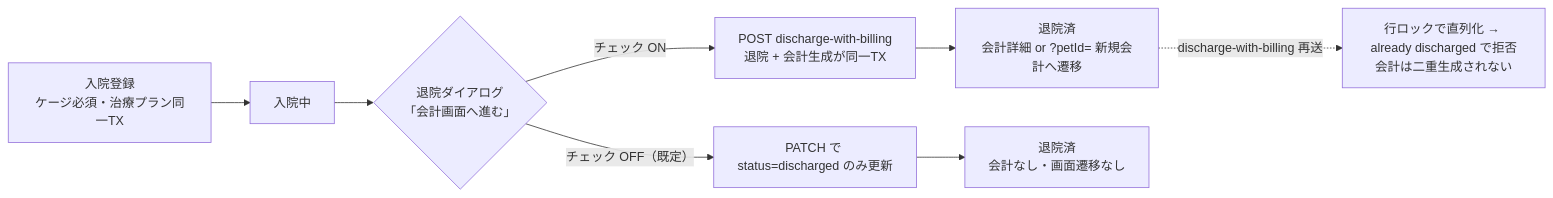
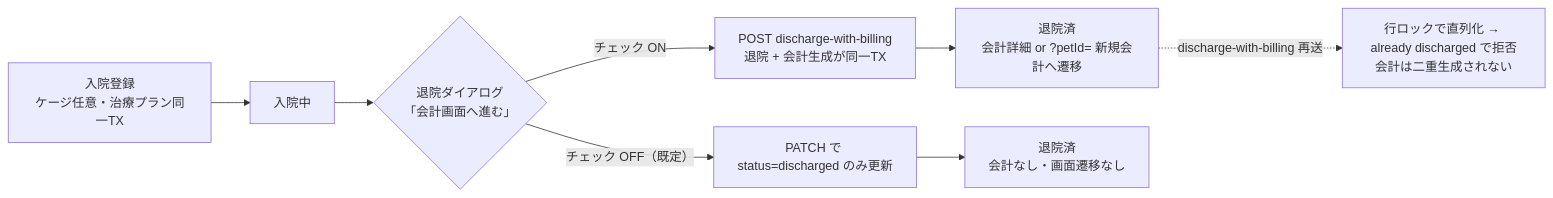
The diagram in docs/ops/testing/scenarios/S05-hospitalization-cycle.md (MinoruSoga/AnimalEkarte), drawn with Mermaid before and after one commit. The commit also changed other lines of this file and 22 other files, not shown here.

````diff
--- a/docs/ops/testing/scenarios/S05-hospitalization-cycle.md
+++ b/docs/ops/testing/scenarios/S05-hospitalization-cycle.md
@@ -29,10 +29,10 @@
 ```mermaid
 flowchart LR
-    A["入院登録<br/>ケージ必須・治療プラン同一TX"] --> B["入院中"]
+    A["入院登録<br/>ケージ任意・治療プラン同一TX"] --> B["入院中"]
     B --> C{"退院ダイアログ<br/>「会計画面へ進む」"}
     C -->|"チェック ON"| D["POST discharge-with-billing<br/>退院 + 会計生成が同一TX"]
     C -->|"チェック OFF（既定）"| E["PATCH で status=discharged のみ更新"]
     D --> F["退院済<br/>会計詳細 or ?petId= 新規会計へ遷移"]
     E --> G["退院済<br/>会計なし・画面遷移なし"]
     F -.->|"discharge-with-billing 再送"| H["行ロックで直列化 → already discharged で拒否<br/>会計は二重生成されない"]
 ```
````
